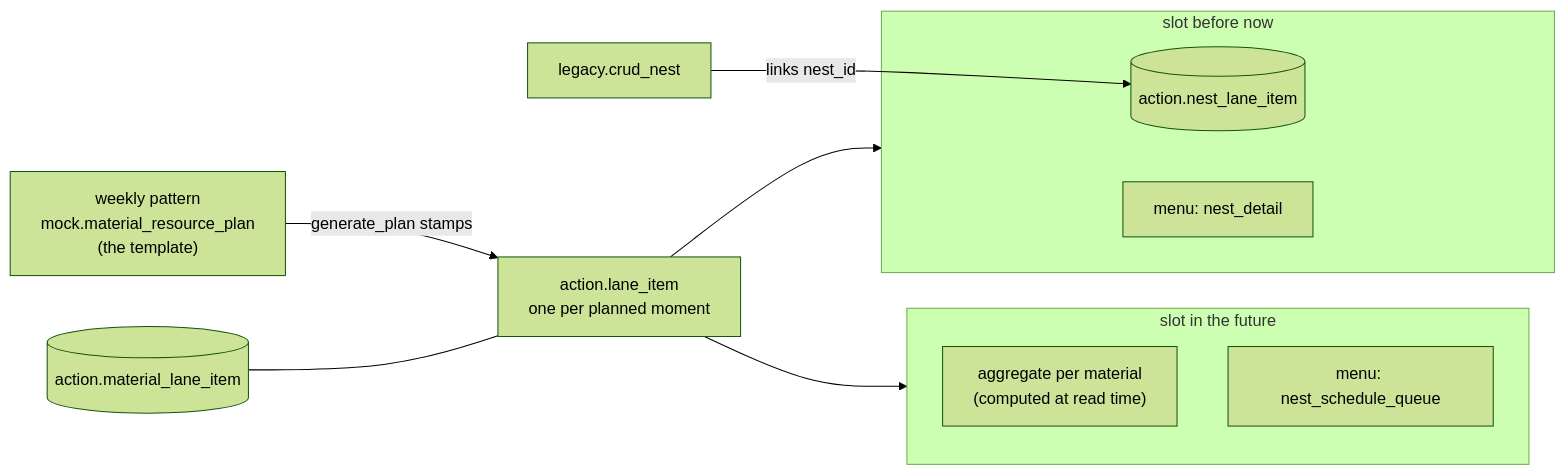
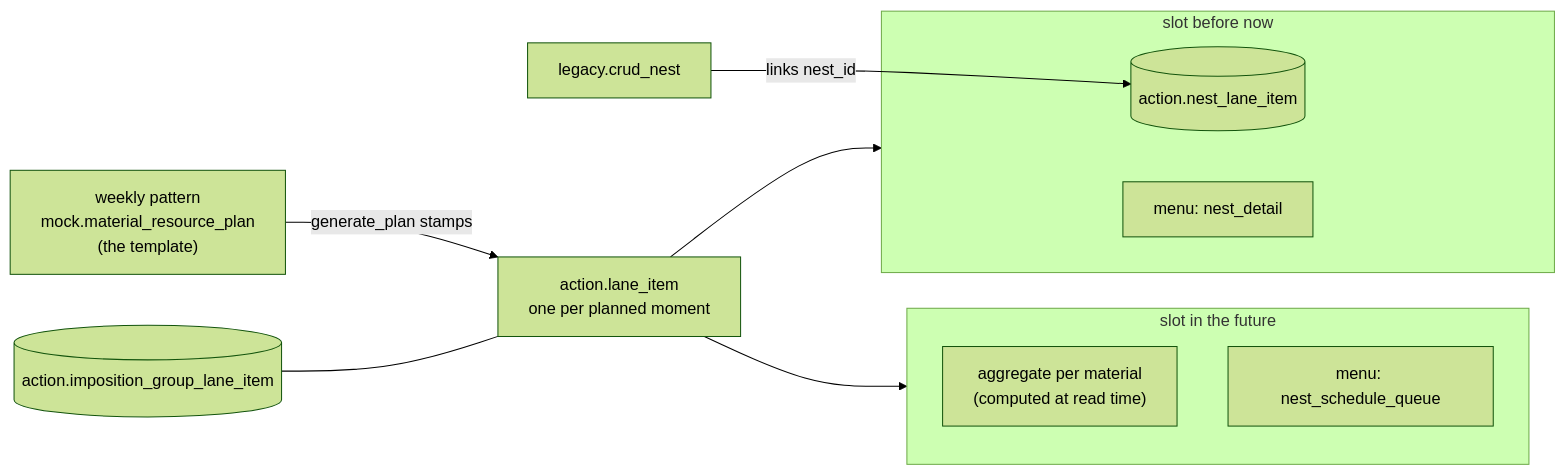
The diagram in docs/nest-planning-lane-items.md (CeesBolijn/postgres-sflex-nl), drawn with Mermaid (forest theme) before and after one commit. The commit also changed other lines of this file and 7 other files, not shown here.

First line of the commit message:
feat: catalog.imposition_group — planning moves from material to imposition group

````diff
--- a/docs/nest-planning-lane-items.md
+++ b/docs/nest-planning-lane-items.md
@@ -11,16 +11,16 @@
 ```mermaid
 flowchart LR
     P["weekly pattern<br/>mock.material_resource_plan<br/>(the template)"] -->|"generate_plan stamps"| L["action.lane_item<br/>one per planned moment"]
-    M[(action.material_lane_item)] --- L
+    M[(action.imposition_group_lane_item)] --- L
     subgraph future["slot in the future"]
         A["aggregate per material<br/>(computed at read time)"]
         Q["menu: nest_schedule_queue"]
     end
     subgraph past["slot before now"]
         N[(action.nest_lane_item)]
         D["menu: nest_detail"]
     end
     L --> future
     L --> past
     C["legacy.crud_nest"] -->|"links nest_id"| N
 ```
````
